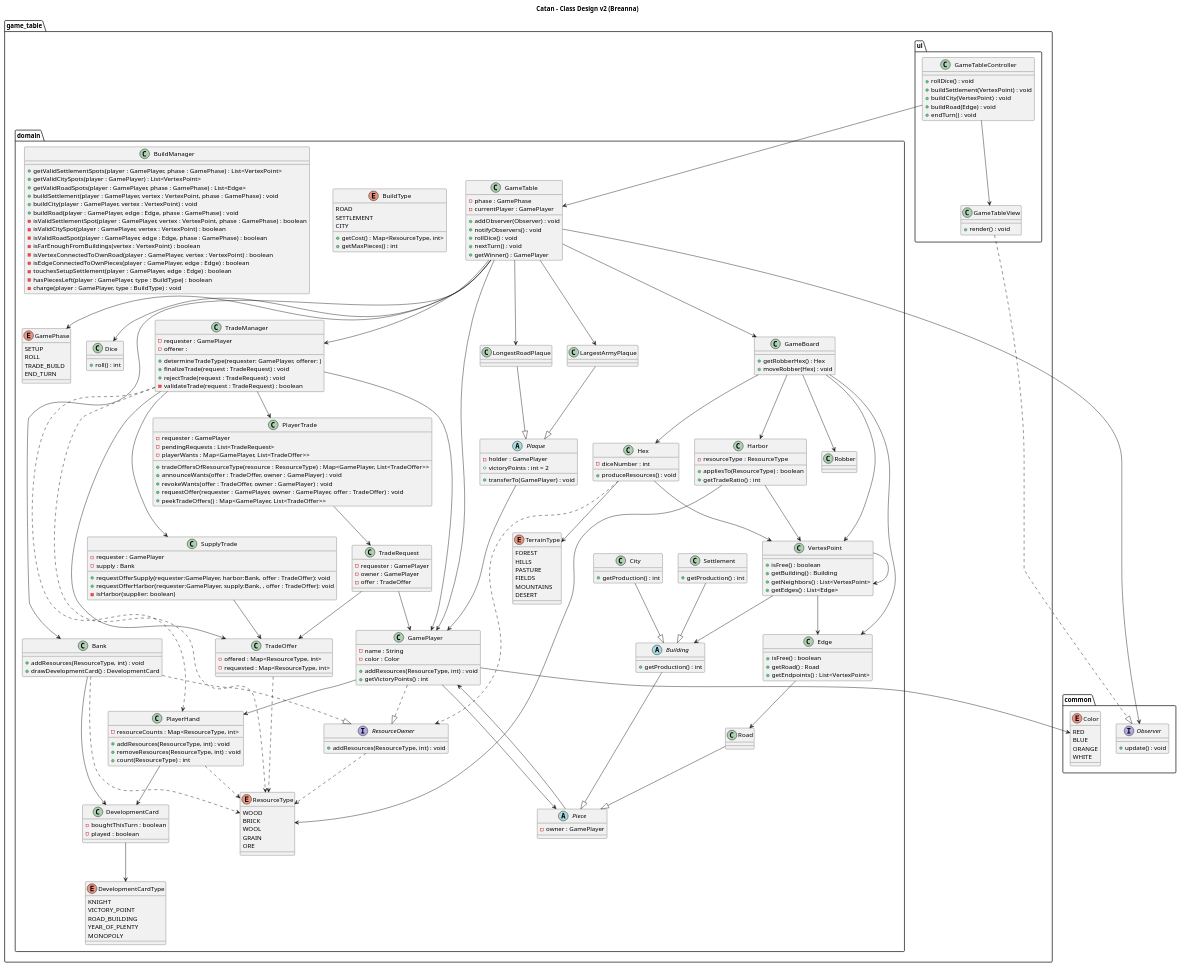
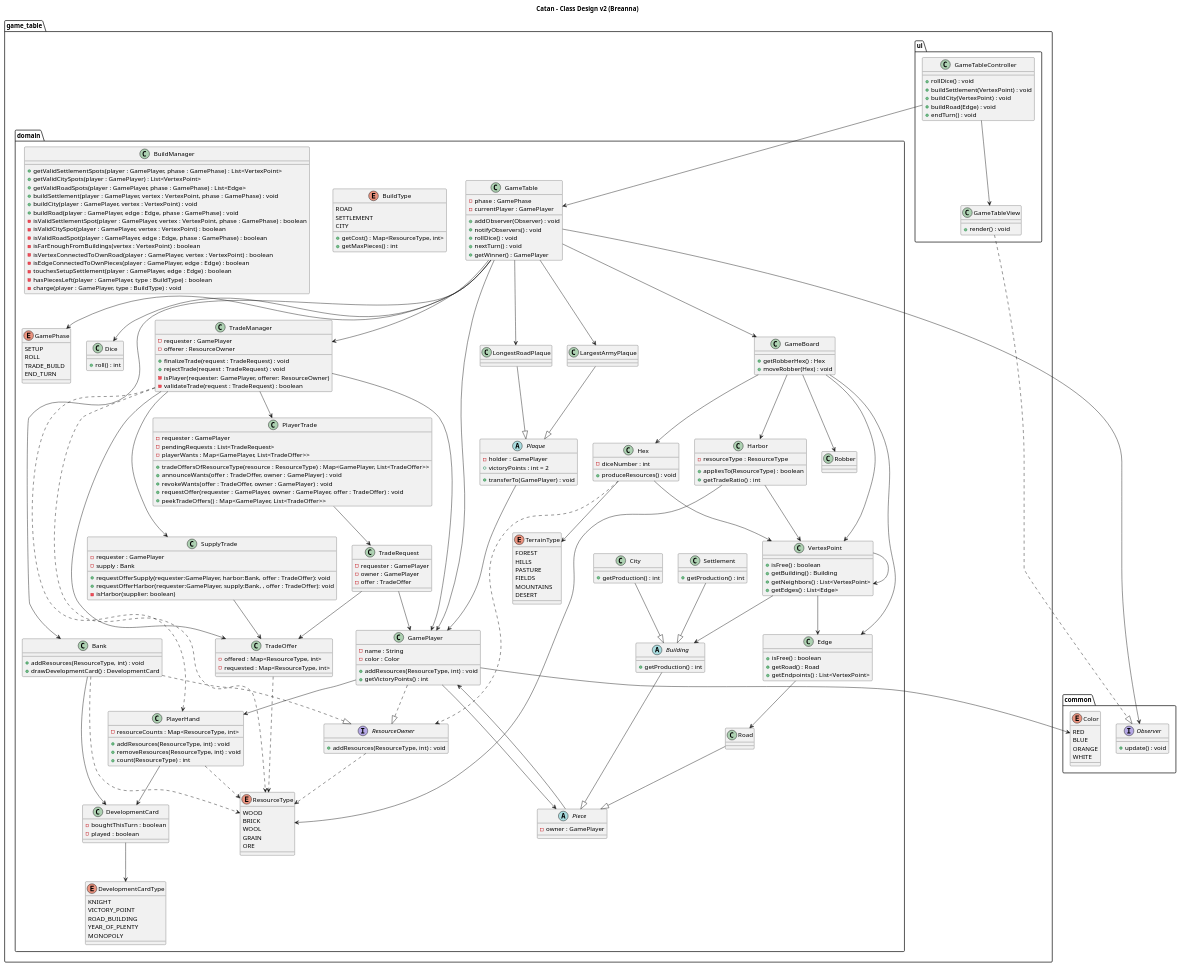
One commit to nu-cs-sqe/cs380-software-quality-engineering-20262701-course-project-group-5 changed the diagram in docs/design/game_table_breanna.puml. Above: the diagram before and after it, drawn with PlantUML.

Commit message:
trade manager functions and fields refactored

```diff
--- a/docs/design/game_table_breanna.puml
+++ b/docs/design/game_table_breanna.puml
@@ -64,10 +64,10 @@
 
     class TradeManager {
         -requester : GamePlayer
-        -offerer :
-        +determineTradeType(requester: GamePlayer, offerer: )
+        -offerer : ResourceOwner
         +finalizeTrade(request : TradeRequest) : void
         +rejectTrade(request : TradeRequest) : void
+        -isPlayer(requester: GamePlayer, offerer: ResourceOwner)
         -validateTrade(request : TradeRequest) : boolean
     }
 
```
